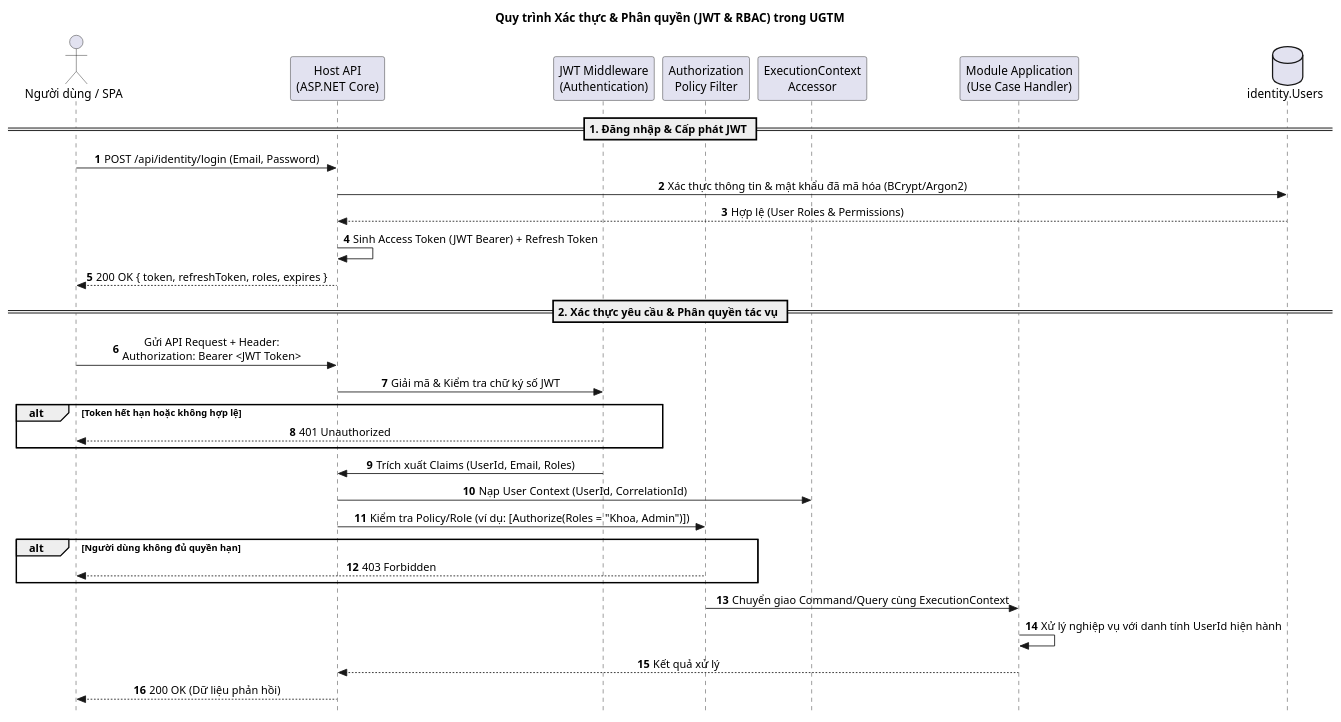
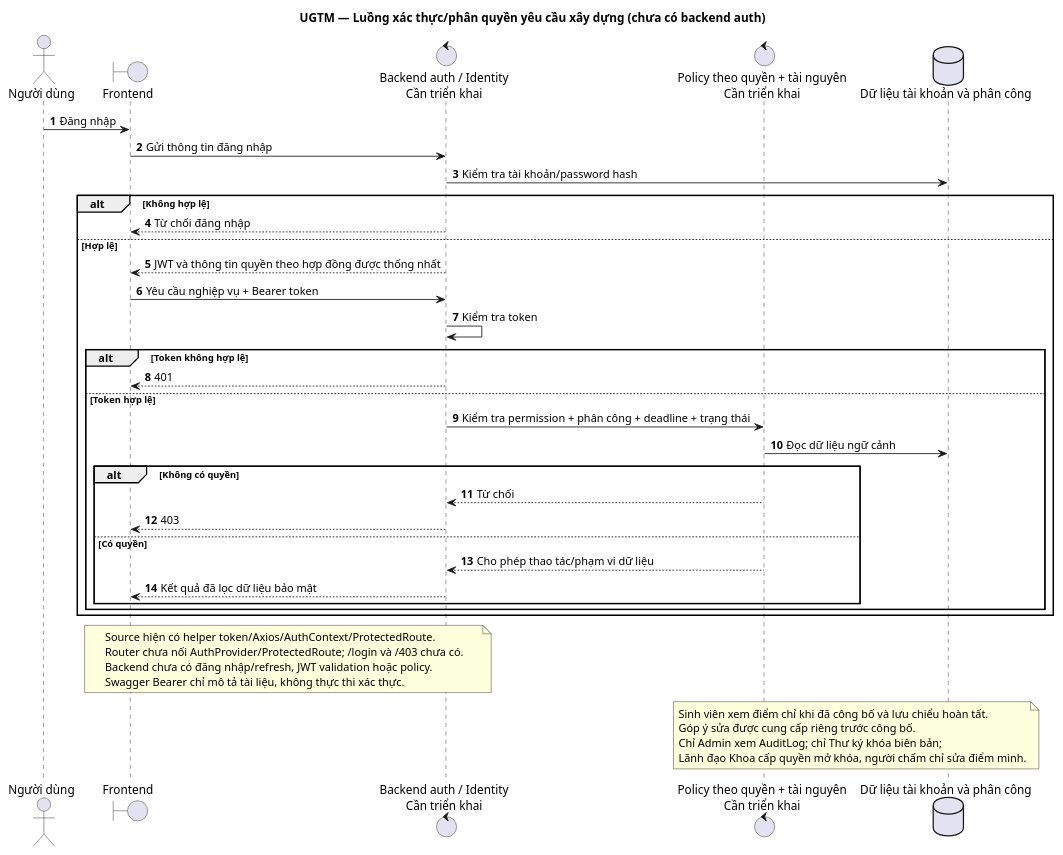
Before and after one commit to karasuma-2401/UGTM: the diagram in docs/PlantUML/Security_Authentication_Flow.puml, drawn with PlantUML. The commit also changed 324 other files, not shown here.

```diff
--- a/docs/PlantUML/Security_Authentication_Flow.puml
+++ b/docs/PlantUML/Security_Authentication_Flow.puml
@@ -1,44 +1,45 @@
 @startuml Security_Authentication_Flow
+skinparam shadowing false
 autonumber
-skinparam style strictuml
-skinparam sequenceMessageAlign center
-
-title Quy trình Xác thực & Phân quyền (JWT & RBAC) trong UGTM
-
-actor "Người dùng / SPA" as Client
-participant "Host API\n(ASP.NET Core)" as Host
-participant "JWT Middleware\n(Authentication)" as JWT
-participant "Authorization\nPolicy Filter" as AuthFilter
-participant "ExecutionContext\nAccessor" as Context
-participant "Module Application\n(Use Case Handler)" as Module
-database "identity.Users" as DB
-
-== 1. Đăng nhập & Cấp phát JWT ==
-Client -> Host: POST /api/identity/login (Email, Password)
-Host -> DB: Xác thực thông tin & mật khẩu đã mã hóa (BCrypt/Argon2)
-DB --> Host: Hợp lệ (User Roles & Permissions)
-Host -> Host: Sinh Access Token (JWT Bearer) + Refresh Token
-Host --> Client: 200 OK { token, refreshToken, roles, expires }
-
-== 2. Xác thực yêu cầu & Phân quyền tác vụ ==
-Client -> Host: Gửi API Request + Header:\nAuthorization: Bearer <JWT Token>
-
-Host -> JWT: Giải mã & Kiểm tra chữ ký số JWT
-alt Token hết hạn hoặc không hợp lệ
-    JWT --> Client: 401 Unauthorized
+title UGTM — Luồng xác thực/phân quyền yêu cầu xây dựng (chưa có backend auth)
+actor "Người dùng" as User
+boundary "Frontend" as FE
+control "Backend auth / Identity\nCần triển khai" as Auth
+control "Policy theo quyền + tài nguyên\nCần triển khai" as Policy
+database "Dữ liệu tài khoản và phân công" as DB
+User -> FE : Đăng nhập
+FE -> Auth : Gửi thông tin đăng nhập
+Auth -> DB : Kiểm tra tài khoản/password hash
+alt Không hợp lệ
+ Auth --> FE : Từ chối đăng nhập
+else Hợp lệ
+ Auth --> FE : JWT và thông tin quyền theo hợp đồng được thống nhất
+ FE -> Auth : Yêu cầu nghiệp vụ + Bearer token
+ Auth -> Auth : Kiểm tra token
+ alt Token không hợp lệ
+  Auth --> FE : 401
+ else Token hợp lệ
+  Auth -> Policy : Kiểm tra permission + phân công + deadline + trạng thái
+  Policy -> DB : Đọc dữ liệu ngữ cảnh
+  alt Không có quyền
+   Policy --> Auth : Từ chối
+   Auth --> FE : 403
+  else Có quyền
+   Policy --> Auth : Cho phép thao tác/phạm vi dữ liệu
+   Auth --> FE : Kết quả đã lọc dữ liệu bảo mật
+  end
+ end
 end
-
-JWT -> Host: Trích xuất Claims (UserId, Email, Roles)
-Host -> Context: Nạp User Context (UserId, CorrelationId)
-
-Host -> AuthFilter: Kiểm tra Policy/Role (ví dụ: [Authorize(Roles = "Khoa, Admin")])
-alt Người dùng không đủ quyền hạn
-    AuthFilter --> Client: 403 Forbidden
-end
-
-AuthFilter -> Module: Chuyển giao Command/Query cùng ExecutionContext
-Module -> Module: Xử lý nghiệp vụ với danh tính UserId hiện hành
-Module --> Host: Kết quả xử lý
-Host --> Client: 200 OK (Dữ liệu phản hồi)
-
+note over FE,Auth
+Source hiện có helper token/Axios/AuthContext/ProtectedRoute.
+Router chưa nối AuthProvider/ProtectedRoute; /login và /403 chưa có.
+Backend chưa có đăng nhập/refresh, JWT validation hoặc policy.
+Swagger Bearer chỉ mô tả tài liệu, không thực thi xác thực.
+end note
+note over Policy,DB
+Sinh viên xem điểm chỉ khi đã công bố và lưu chiểu hoàn tất.
+Góp ý sửa được cung cấp riêng trước công bố.
+Chỉ Admin xem AuditLog; chỉ Thư ký khóa biên bản;
+Lãnh đạo Khoa cấp quyền mở khóa, người chấm chỉ sửa điểm mình.
+end note
 @enduml
```
